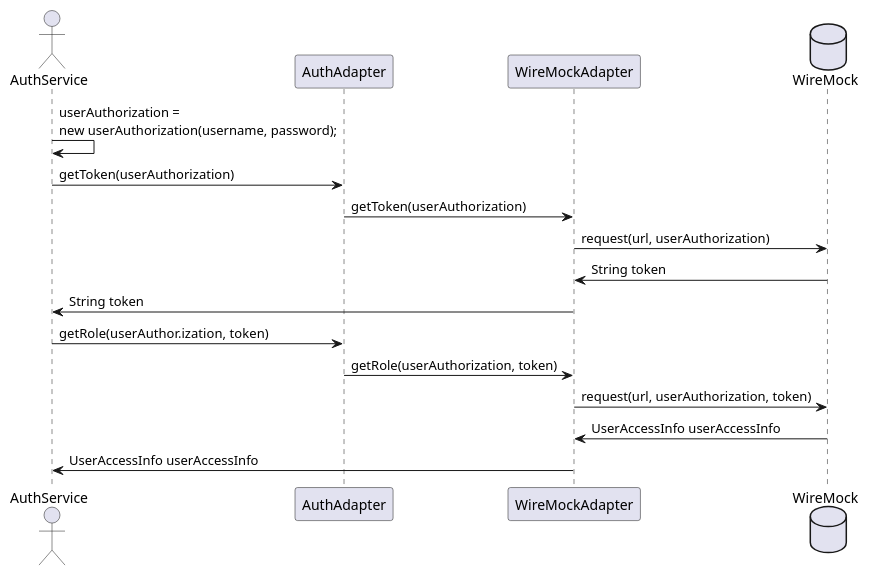
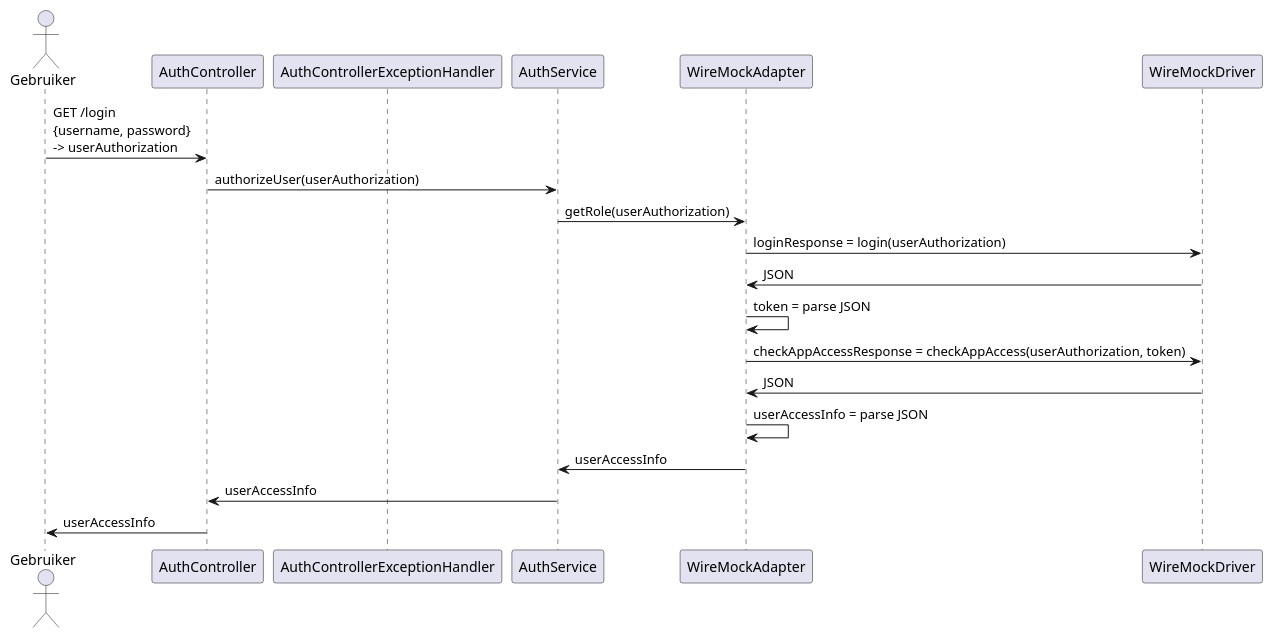
One commit to AIM-ENE-feb25/triptop-groep-b5 changed the diagram in week2/les3/pressure-cooker/4-sequence-fault-tolerance-adapter.puml. Above: the diagram before and after it, drawn with PlantUML. The commit also changed 5 other files, not shown here.

```diff
--- a/week2/les3/pressure-cooker/4-sequence-fault-tolerance-adapter.puml
+++ b/week2/les3/pressure-cooker/4-sequence-fault-tolerance-adapter.puml
@@ -1,23 +1,23 @@
 @startuml
-actor AuthService
+actor Gebruiker
 
-participant AuthAdapter
+participant AuthController
+participant AuthControllerExceptionHandler
+participant AuthService
 participant WireMockAdapter
-'participant APICallException
-'participant ErrorObject
-database "WireMock"
+participant WireMockDriver
 
-AuthService -> AuthService: userAuthorization = \nnew userAuthorization(username, password);
-AuthService -> AuthAdapter: getToken(userAuthorization)
-AuthAdapter -> WireMockAdapter: getToken(userAuthorization)
-WireMockAdapter -> "WireMock": request(url, userAuthorization)
-WireMockAdapter <- "WireMock": String token
-AuthService <- WireMockAdapter: String token
-
-AuthService -> AuthAdapter: getRole(userAuthor.ization, token)
-AuthAdapter -> WireMockAdapter: getRole(userAuthorization, token)
-WireMockAdapter -> "WireMock": request(url, userAuthorization, token)
-WireMockAdapter <- "WireMock": UserAccessInfo userAccessInfo
-AuthService <- WireMockAdapter: UserAccessInfo userAccessInfo
+Gebruiker -> AuthController: GET /login\n{username, password}\n-> userAuthorization
+AuthController -> AuthService: authorizeUser(userAuthorization)
+AuthService -> WireMockAdapter: getRole(userAuthorization)
+WireMockAdapter -> WireMockDriver: loginResponse = login(userAuthorization)
+WireMockAdapter <- WireMockDriver: JSON
+WireMockAdapter -> WireMockAdapter: token = parse JSON
+WireMockAdapter -> WireMockDriver: checkAppAccessResponse = checkAppAccess(userAuthorization, token)
+WireMockAdapter <- WireMockDriver: JSON
+WireMockAdapter -> WireMockAdapter: userAccessInfo = parse JSON
+AuthService <- WireMockAdapter: userAccessInfo
+AuthController <- AuthService: userAccessInfo
+Gebruiker <- AuthController: userAccessInfo
 
 @enduml
```
